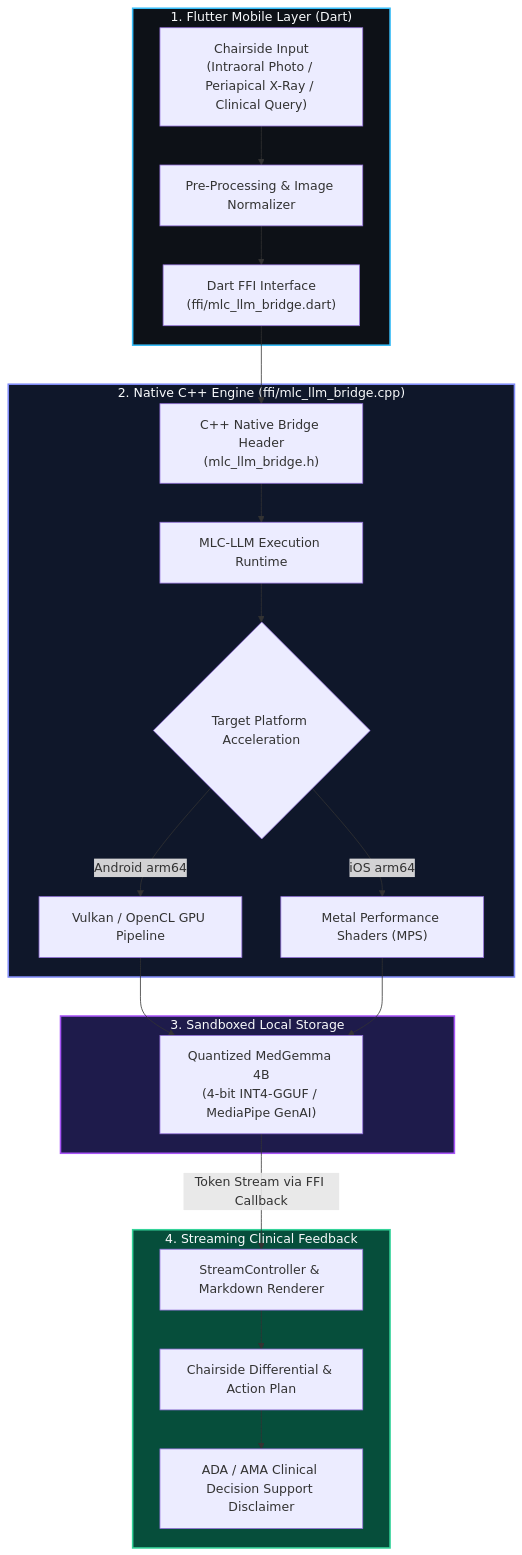
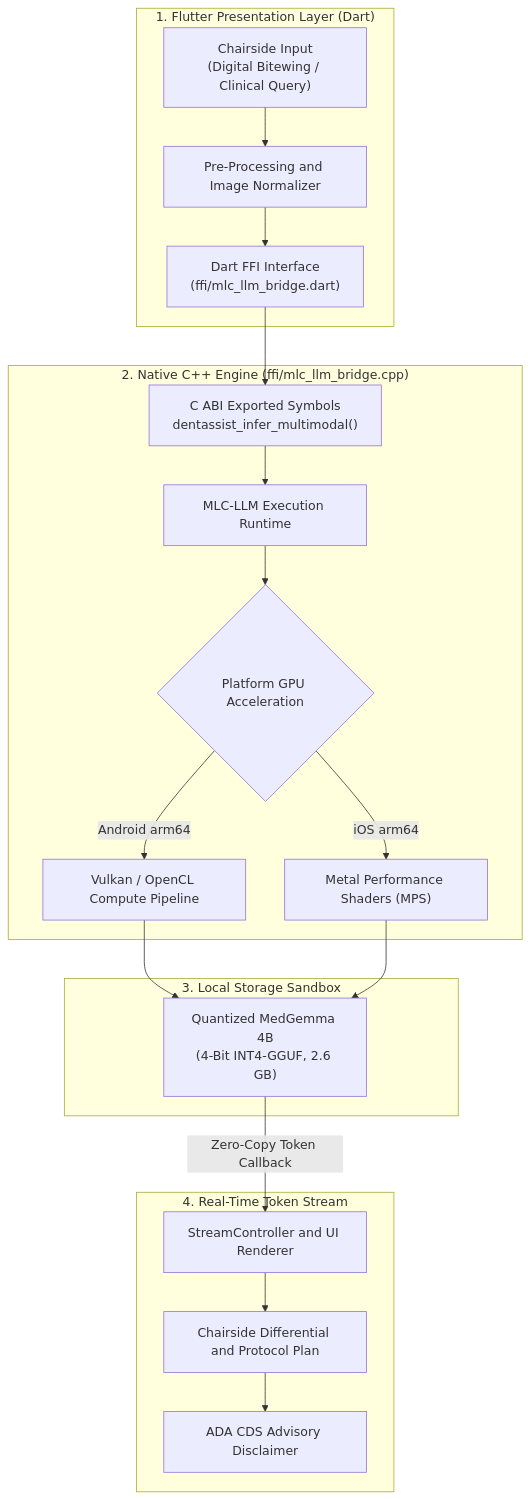
One commit to DrCiroSmith/DentAssist changed the diagram in README.md. Above: the diagram before and after it, drawn with Mermaid. The commit also changed other lines of this file and 17 other files, not shown here.

Commit message:
feat: complete modular service layer, C++ FFI bridge, CI, benchmarks, and interactive demo

````diff
--- a/README.md
+++ b/README.md
@@ -29,31 +37,26 @@
 ```mermaid
 flowchart TD
-    subgraph UI["1. Flutter Mobile Layer (Dart)"]
-        A["Chairside Input<br/>(Intraoral Photo / Periapical X-Ray / Clinical Query)"] --> B["Pre-Processing & Image Normalizer"]
+    subgraph S1["1. Flutter Presentation Layer (Dart)"]
+        A["Chairside Input<br/>(Digital Bitewing / Clinical Query)"] --> B["Pre-Processing and Image Normalizer"]
         B --> C["Dart FFI Interface<br/>(ffi/mlc_llm_bridge.dart)"]
     end
 
-    subgraph Native["2. Native C++ Engine (ffi/mlc_llm_bridge.cpp)"]
-        C --> D["C++ Native Bridge Header<br/>(mlc_llm_bridge.h)"]
+    subgraph S2["2. Native C++ Engine (ffi/mlc_llm_bridge.cpp)"]
+        C --> D["C ABI Exported Symbols<br/>dentassist_infer_multimodal()"]
         D --> E["MLC-LLM Execution Runtime"]
-        E --> F{"Target Platform Acceleration"}
-        F -->|Android arm64| G["Vulkan / OpenCL GPU Pipeline"]
+        E --> F{"Platform GPU Acceleration"}
+        F -->|Android arm64| G["Vulkan / OpenCL Compute Pipeline"]
         F -->|iOS arm64| H["Metal Performance Shaders (MPS)"]
     end
 
-    subgraph Model["3. Sandboxed Local Storage"]
-        G --> I["Quantized MedGemma 4B<br/>(4-bit INT4-GGUF / MediaPipe GenAI)"]
+    subgraph S3["3. Local Storage Sandbox"]
+        G --> I["Quantized MedGemma 4B<br/>(4-Bit INT4-GGUF, 2.6 GB)"]
         H --> I
     end
 
-    subgraph Output["4. Streaming Clinical Feedback"]
-        I -->|Token Stream via FFI Callback| J["StreamController & Markdown Renderer"]
-        J --> K["Chairside Differential & Action Plan"]
-        K --> L["ADA / AMA Clinical Decision Support Disclaimer"]
+    subgraph S4["4. Real-Time Token Stream"]
+        I -->|Zero-Copy Token Callback| J["StreamController and UI Renderer"]
+        J --> K["Chairside Differential and Protocol Plan"]
+        K --> L["ADA CDS Advisory Disclaimer"]
     end
-
-    style UI fill:#0d1117,stroke:#38bdf8,stroke-width:2px,color:#f8fafc
-    style Native fill:#0f172a,stroke:#818cf8,stroke-width:2px,color:#f8fafc
-    style Model fill:#1e1b4b,stroke:#a855f7,stroke-width:2px,color:#f8fafc
-    style Output fill:#064e3b,stroke:#34d399,stroke-width:2px,color:#f8fafc
 ```
````
